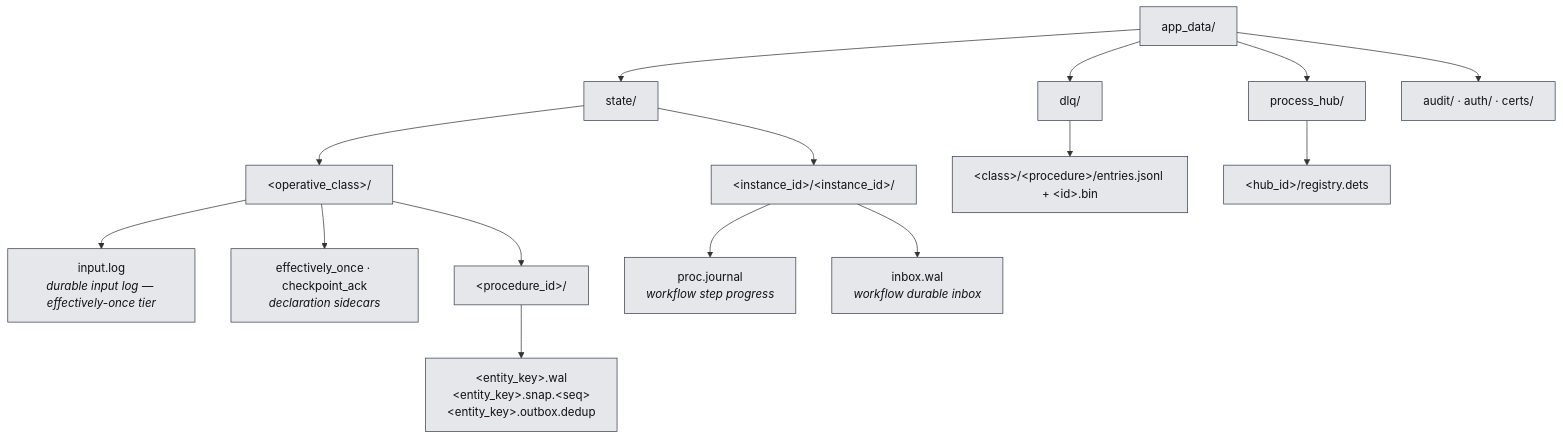
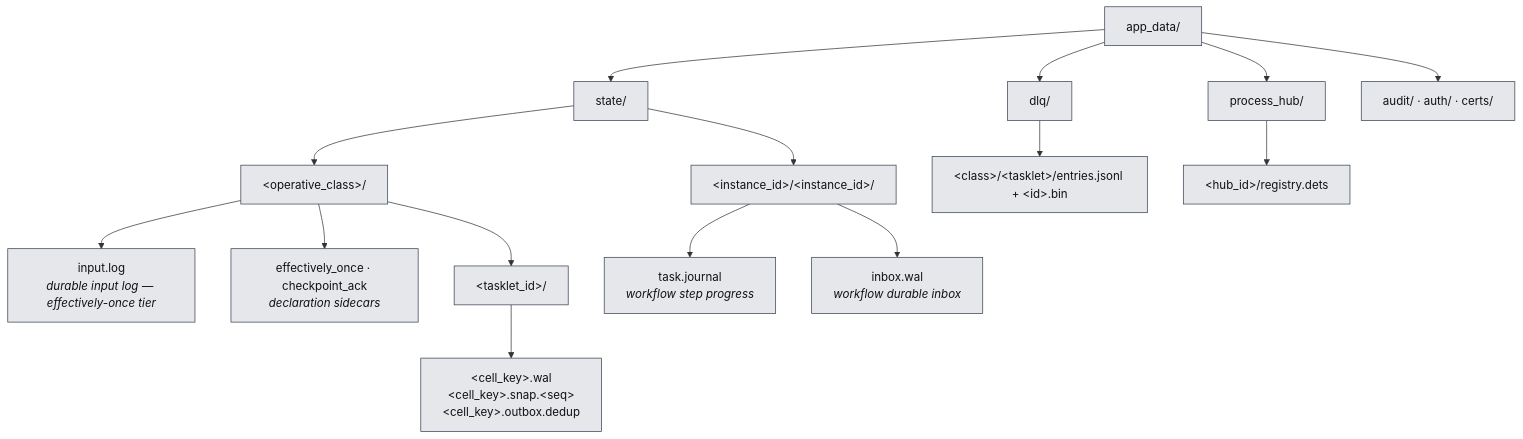
Before and after one commit to Flezha/flezha: the eighth of 9 diagrams in docs/architecture/README.md, drawn with Mermaid. The commit also changed other lines of this file and 604 other files, not shown here.

First line of the commit message:
Rename Procedure to Tasklet and Entity to Cell

````diff
--- a/docs/architecture/README.md
+++ b/docs/architecture/README.md
@@ -433,38 +434,38 @@
 ```mermaid
 flowchart TB
     ROOT["app_data/"]:::store
     ST["state/"]:::store
     DLQ["dlq/"]:::store
     PH["process_hub/"]:::store
     AUD["audit/ · auth/ · certs/"]:::store
 
     CLS["&lt;operative_class&gt;/"]:::store
     IL["input.log<br/><i>durable input log — effectively-once tier</i>"]:::store
     DECL["effectively_once · checkpoint_ack<br/><i>declaration sidecars</i>"]:::store
-    OPID["&lt;procedure_id&gt;/"]:::store
-    SEG["&lt;entity_key&gt;.wal<br/>&lt;entity_key&gt;.snap.&lt;seq&gt;<br/>&lt;entity_key&gt;.outbox.dedup"]:::store
+    OPID["&lt;tasklet_id&gt;/"]:::store
+    SEG["&lt;cell_key&gt;.wal<br/>&lt;cell_key&gt;.snap.&lt;seq&gt;<br/>&lt;cell_key&gt;.outbox.dedup"]:::store
 
     INST["&lt;instance_id&gt;/&lt;instance_id&gt;/"]:::store
-    JRN["proc.journal<br/><i>workflow step progress</i>"]:::store
+    JRN["task.journal<br/><i>workflow step progress</i>"]:::store
     INB["inbox.wal<br/><i>workflow durable inbox</i>"]:::store
 
-    DLQE["&lt;class&gt;/&lt;procedure&gt;/entries.jsonl + &lt;id&gt;.bin"]:::store
+    DLQE["&lt;class&gt;/&lt;tasklet&gt;/entries.jsonl + &lt;id&gt;.bin"]:::store
     PHR["&lt;hub_id&gt;/registry.dets"]:::store
 
     ROOT --> ST
     ROOT --> DLQ
     ROOT --> PH
     ROOT --> AUD
     ST --> CLS
     CLS --> IL
     CLS --> DECL
     CLS --> OPID
     OPID --> SEG
     ST --> INST
     INST --> JRN
     INST --> INB
     DLQ --> DLQE
     PH --> PHR
 
     classDef store fill:#e5e7eb,stroke:#374151,color:#111
 ```
````
